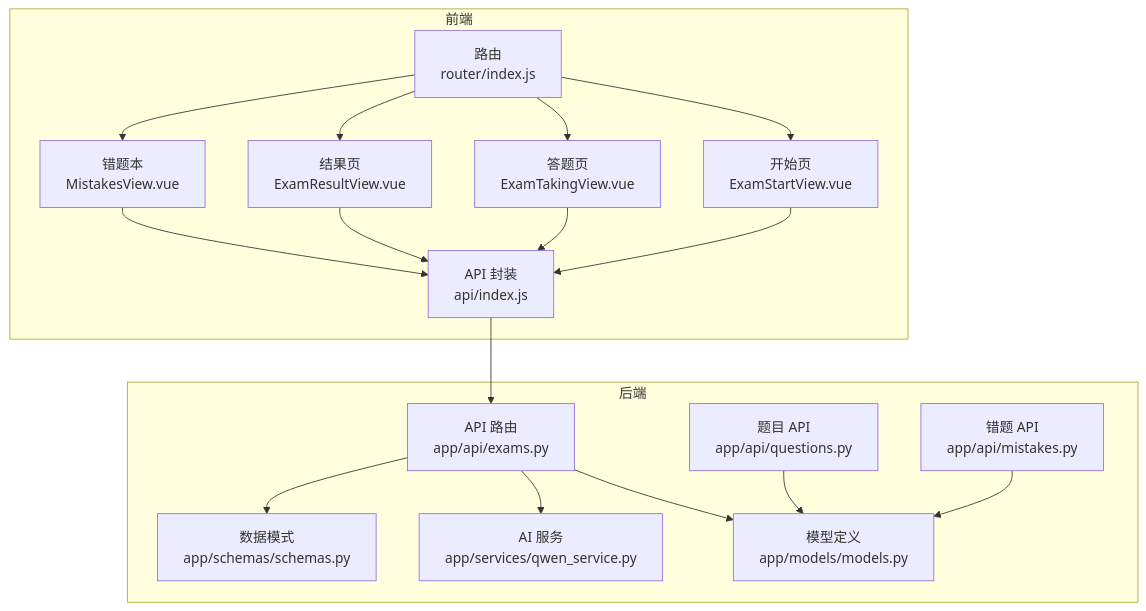
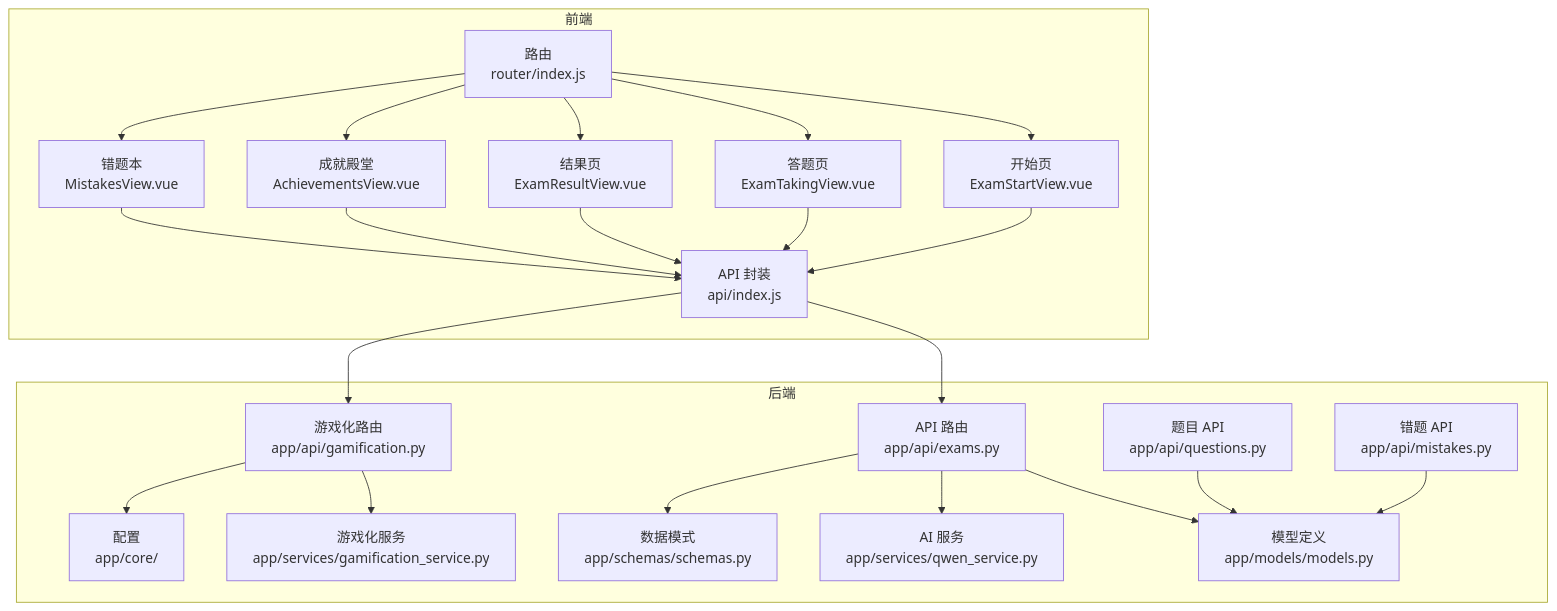
Before and after one commit to zhiwenli-jack/personal-learning-manager: the first of 7 diagrams in .qoder/repowiki/zh/content/前端应用架构/视图组件/测验系统组件.md, drawn with Mermaid. The commit also changed other lines of this file and 20 other files, not shown here.

````diff
--- a/.qoder/repowiki/zh/content/前端应用架构/视图组件/测验系统组件.md
+++ b/.qoder/repowiki/zh/content/前端应用架构/视图组件/测验系统组件.md
@@ -43,33 +59,42 @@
 ```mermaid
 graph TB
 subgraph "前端"
 FE_Router["路由<br/>router/index.js"]
 FE_API["API 封装<br/>api/index.js"]
 FE_Start["开始页<br/>ExamStartView.vue"]
 FE_Taking["答题页<br/>ExamTakingView.vue"]
 FE_Result["结果页<br/>ExamResultView.vue"]
+FE_Achievements["成就殿堂<br/>AchievementsView.vue"]
 FE_Mistakes["错题本<br/>MistakesView.vue"]
 end
 subgraph "后端"
 BE_Router["API 路由<br/>app/api/exams.py"]
+BE_GamiRouter["游戏化路由<br/>app/api/gamification.py"]
 BE_Qwen["AI 服务<br/>app/services/qwen_service.py"]
 BE_DB["模型定义<br/>app/models/models.py"]
 BE_Schema["数据模式<br/>app/schemas/schemas.py"]
+BE_GamiService["游戏化服务<br/>app/services/gamification_service.py"]
 BE_QAPI["题目 API<br/>app/api/questions.py"]
 BE_MAPI["错题 API<br/>app/api/mistakes.py"]
+BE_Core["配置<br/>app/core/"]
 end
 FE_Router --> FE_Start
 FE_Router --> FE_Taking
 FE_Router --> FE_Result
+FE_Router --> FE_Achievements
 FE_Router --> FE_Mistakes
 FE_Start --> FE_API
 FE_Taking --> FE_API
 FE_Result --> FE_API
+FE_Achievements --> FE_API
 FE_Mistakes --> FE_API
 FE_API --> BE_Router
+FE_API --> BE_GamiRouter
 BE_Router --> BE_DB
 BE_Router --> BE_Qwen
 BE_Router --> BE_Schema
+BE_GamiRouter --> BE_GamiService
+BE_GamiRouter --> BE_Core
 BE_QAPI --> BE_DB
 BE_MAPI --> BE_DB
 ```
````
